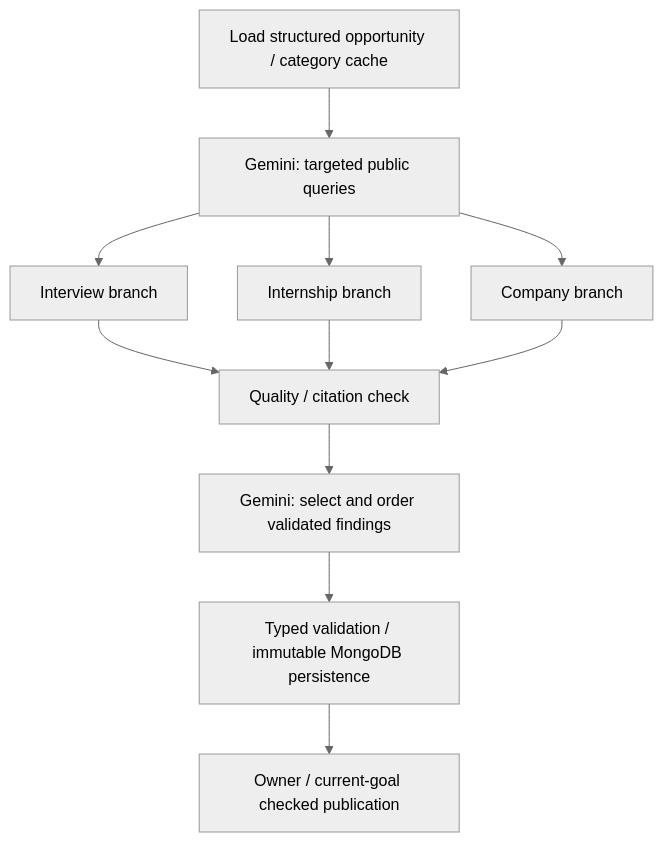
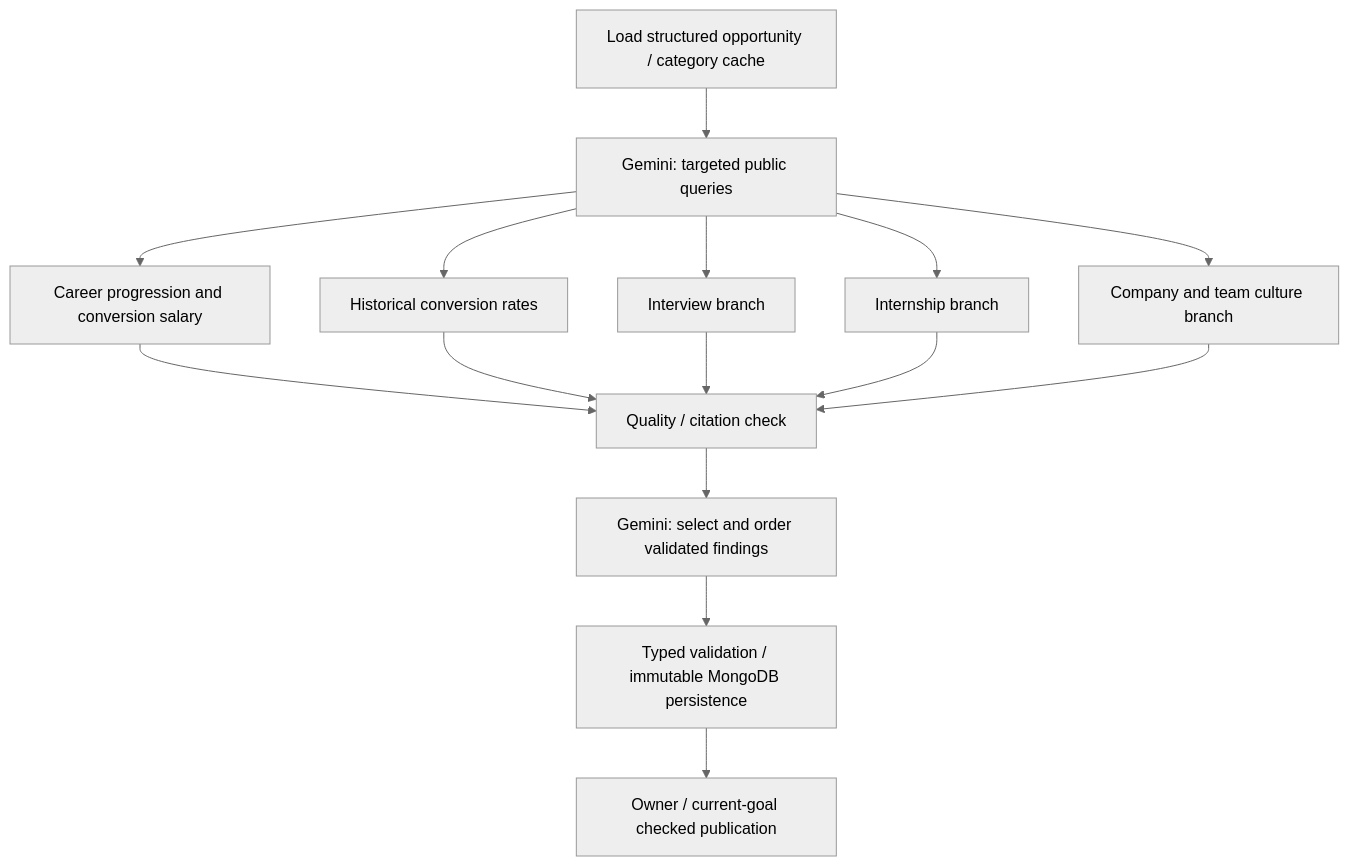
One commit to bryan034/coachify changed the diagram in services/career-service/OPPORTUNITY_INTELLIGENCE.md. Above: the diagram before and after it, drawn with Mermaid (neutral theme). The commit also changed other lines of this file and 119 other files, not shown here.

````diff
--- a/services/career-service/OPPORTUNITY_INTELLIGENCE.md
+++ b/services/career-service/OPPORTUNITY_INTELLIGENCE.md
@@ -12,13 +13,17 @@
 ```mermaid
 flowchart TD
   A[Load structured opportunity / category cache] --> B[Gemini: targeted public queries]
   B --> C[Interview branch]
   B --> D[Internship branch]
-  B --> E[Company branch]
+  B --> E[Company and team culture branch]
+  B --> P[Career progression and conversion salary]
+  B --> R[Historical conversion rates]
+  P --> F
+  R --> F
   C --> F[Quality / citation check]
   D --> F
   E --> F
   F --> G[Gemini: select and order validated findings]
   G --> H[Typed validation / immutable MongoDB persistence]
   H --> I[Owner / current-goal checked publication]
 ```
````
